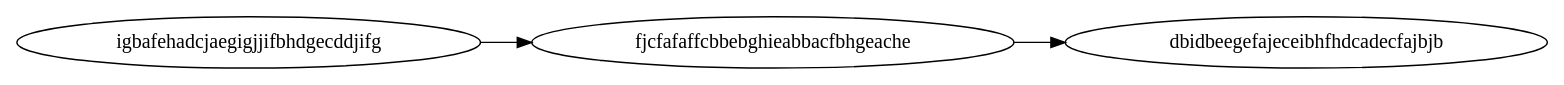
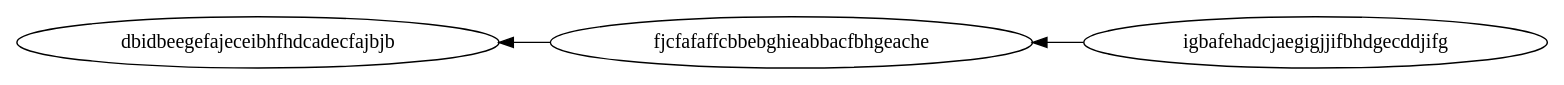
One commit to qreal/qreal changed the diagram in qrgui/dotFiles/graph1.dot. Above: the diagram before and after it, drawn with Graphviz. The commit also changed 1 other file, not shown here.

```diff
--- a/qrgui/dotFiles/graph1.dot
+++ b/qrgui/dotFiles/graph1.dot
@@ -1,5 +1,5 @@
 digraph G { 
-rankdir=LR; 
+rankdir=RL; 
 igbafehadcjaegigjjifbhdgecddjifg -> fjcfafaffcbbebghieabbacfbhgeache;
 fjcfafaffcbbebghieabbacfbhgeache -> dbidbeegefajeceibhfhdcadecfajbjb;
 }
```
